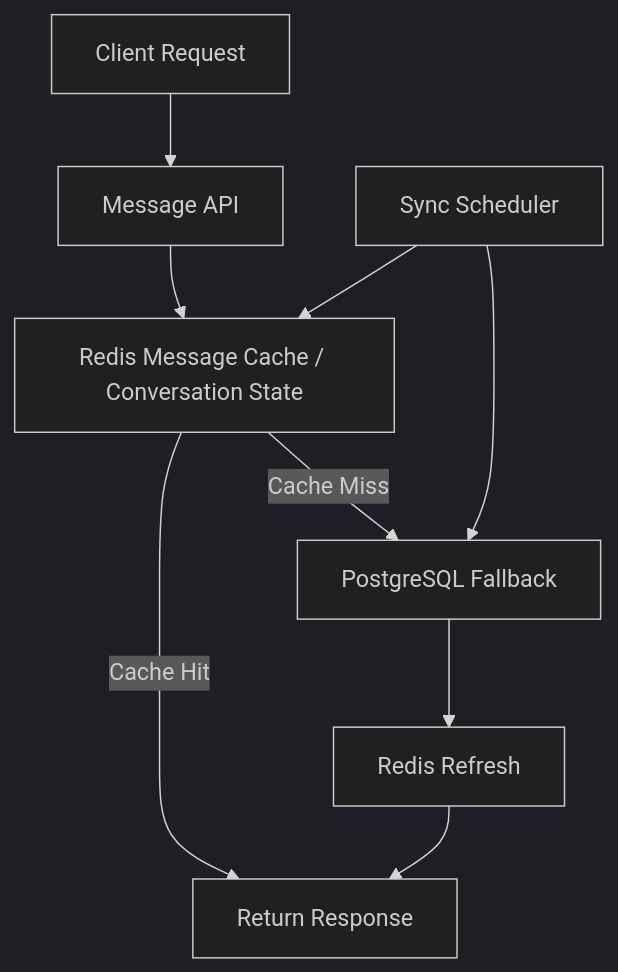
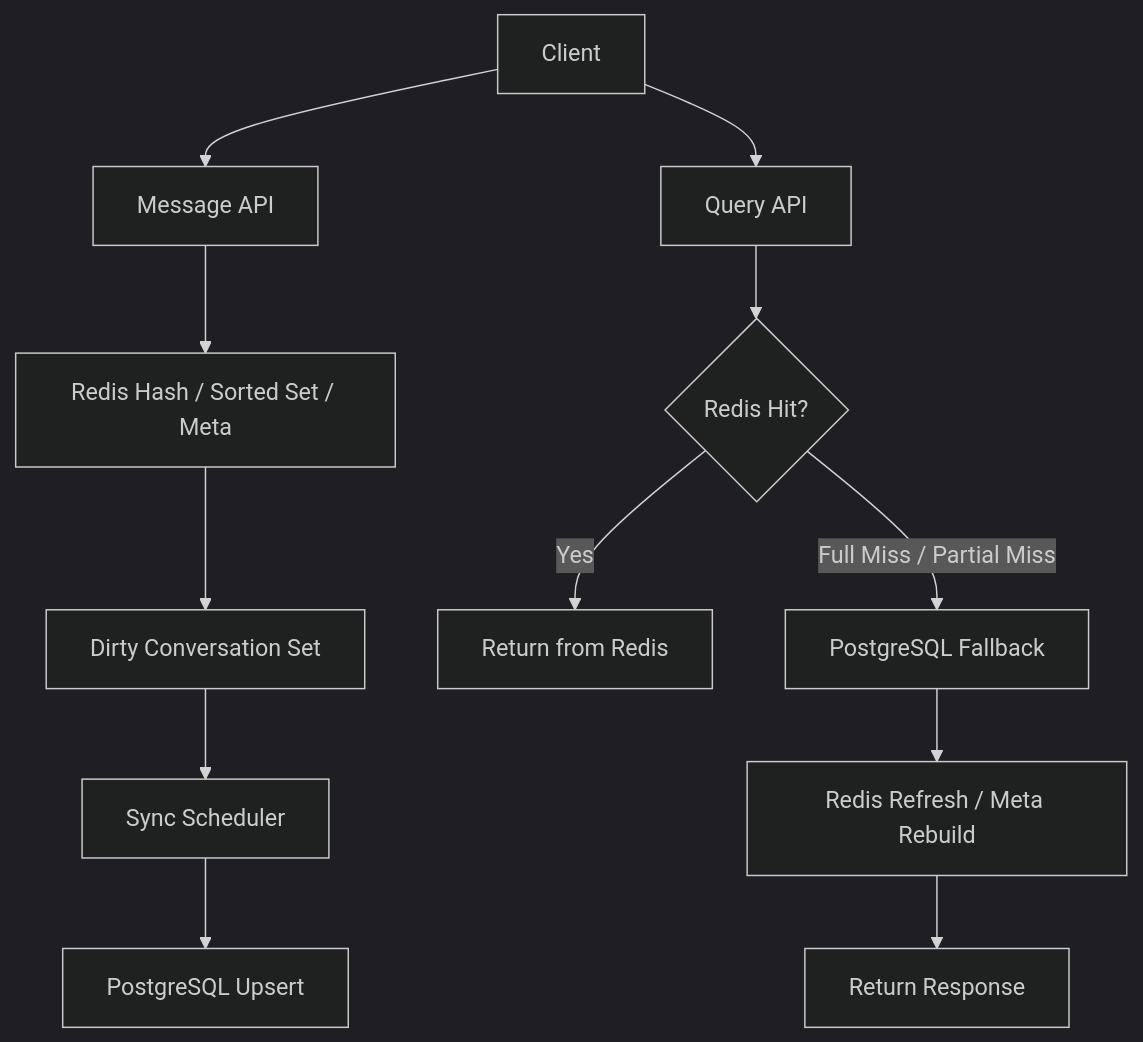
Before and after one commit to Gseobi/realtime-caching-gateway: the diagram in README.md, drawn with Mermaid (dark theme). The commit also changed other lines of this file, not shown here.

````diff
--- a/README.md
+++ b/README.md
@@ -134,11 +96,16 @@
 ```mermaid
 flowchart TD
-    A[Client Request] --> B[Message API]
-    B --> C[Redis Message Cache / Conversation State]
-    C -->|Cache Hit| D[Return Response]
-    C -->|Cache Miss| E[PostgreSQL Fallback]
-    E --> F[Redis Refresh]
-    F --> D
-    G[Sync Scheduler] --> C
-    G[Sync Scheduler] --> E
+    A[Client] --> B[Message API]
+    B --> C[Redis Hash / Sorted Set / Meta]
+    C --> D[Dirty Conversation Set]
+
+    A --> E[Query API]
+    E --> F{Redis Hit?}
+    F -- Yes --> G[Return from Redis]
+    F -- Full Miss / Partial Miss --> H[PostgreSQL Fallback]
+    H --> I[Redis Refresh / Meta Rebuild]
+    I --> J[Return Response]
+
+    D --> K[Sync Scheduler]
+    K --> L[PostgreSQL Upsert]
 ```
````
